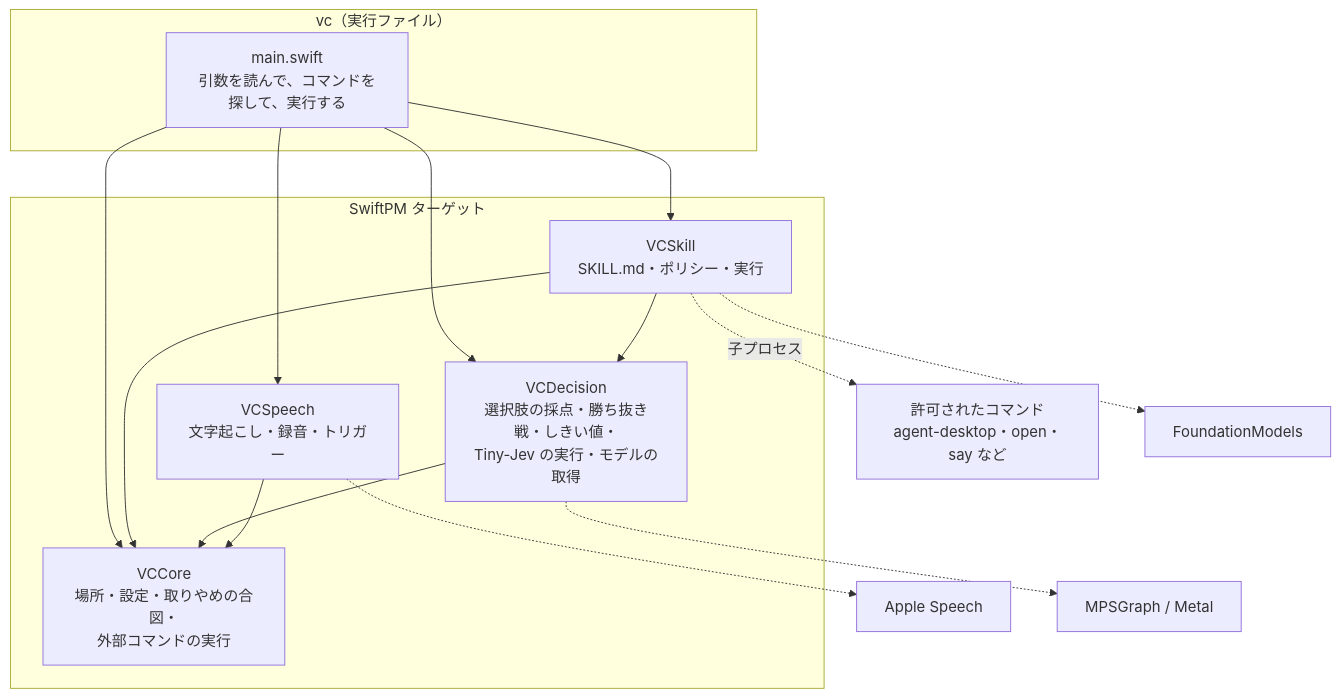
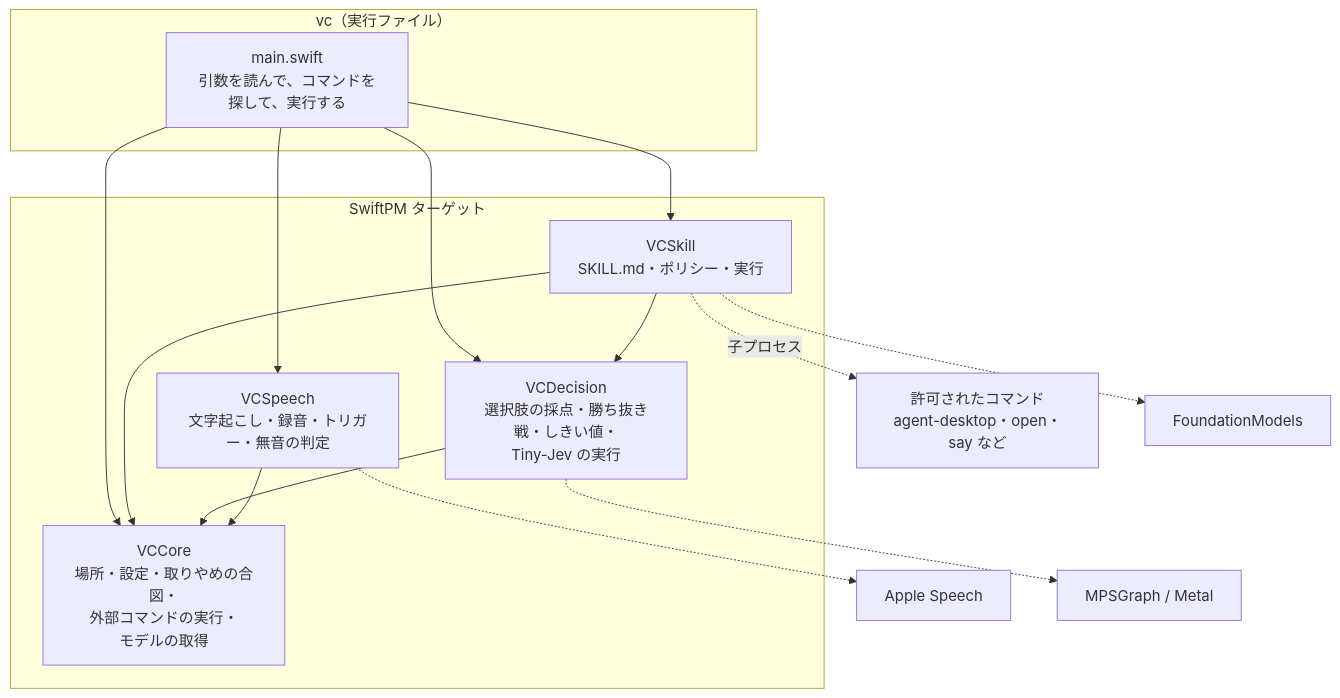
The first of 2 diagrams in docs/architecture.md (takemo101/voice-control), drawn with Mermaid before and after one commit. The commit also changed other lines of this file and 39 other files, not shown here.

````diff
--- a/docs/architecture.md
+++ b/docs/architecture.md
@@ -7,21 +7,21 @@
 ```mermaid
 flowchart TB
     subgraph CLI[vc（実行ファイル）]
         main[main.swift<br/>引数を読んで、コマンドを探して、実行する]
     end
     subgraph Targets[SwiftPM ターゲット]
         Skill[VCSkill<br/>SKILL.md・ポリシー・実行]
-        Speech[VCSpeech<br/>文字起こし・録音・トリガー]
-        Decision[VCDecision<br/>選択肢の採点・勝ち抜き戦・しきい値・<br/>Tiny-Jev の実行・モデルの取得]
-        Core[VCCore<br/>場所・設定・取りやめの合図・<br/>外部コマンドの実行]
+        Speech[VCSpeech<br/>文字起こし・録音・トリガー・無音の判定]
+        Decision[VCDecision<br/>選択肢の採点・勝ち抜き戦・しきい値・<br/>Tiny-Jev の実行]
+        Core[VCCore<br/>場所・設定・取りやめの合図・<br/>外部コマンドの実行・<br/>モデルの取得]
     end
     main --> Skill & Speech & Decision & Core
     Skill --> Decision
     Skill --> Core
     Decision --> Core
     Speech --> Core
     Skill -.子プロセス.-> CMD[許可されたコマンド<br/>agent-desktop・open・say など]
     Skill -.-> FM[FoundationModels]
     Speech -.-> AS[Apple Speech]
     Decision -.-> GPU[MPSGraph / Metal]
 ```
````
